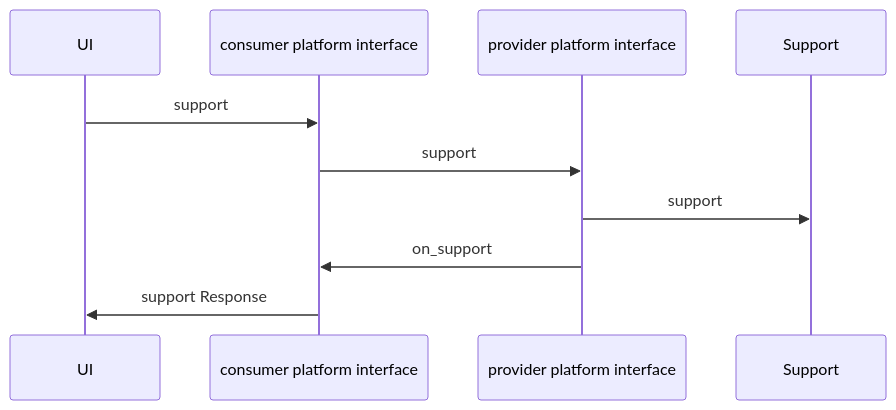
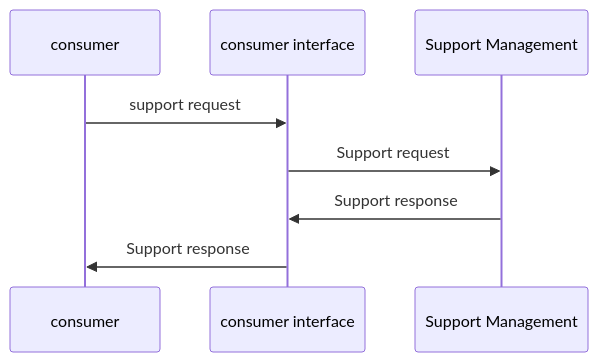
Before and after one commit to GovStackWorkingGroup/bb-emarketplace: diagram 12 of 15 in spec/9-workflows.md, drawn with Mermaid. The commit also changed other lines of this file and 3 other files, not shown here.

````diff
--- a/spec/9-workflows.md
+++ b/spec/9-workflows.md
@@ -208,8 +230,8 @@
 ```mermaid
 sequenceDiagram
-UI->>consumer platform interface: support
-    consumer platform interface->>provider platform interface: support
-    provider platform interface->>Support:support
-    provider platform interface->>consumer platform interface: on_support
-    consumer platform interface->>UI: support Response
+consumer->>consumer interface: support request
+    consumer interface->>Support Management:Support request
+Support Management->>consumer interface:Support response
+consumer interface->>consumer:Support response
+    
 ```
````
